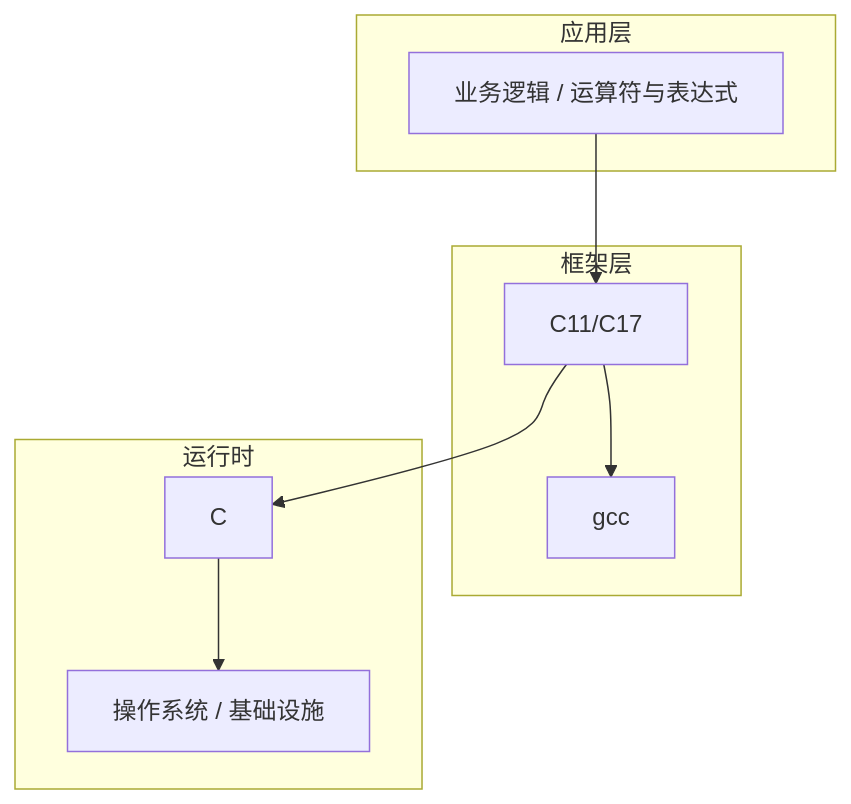
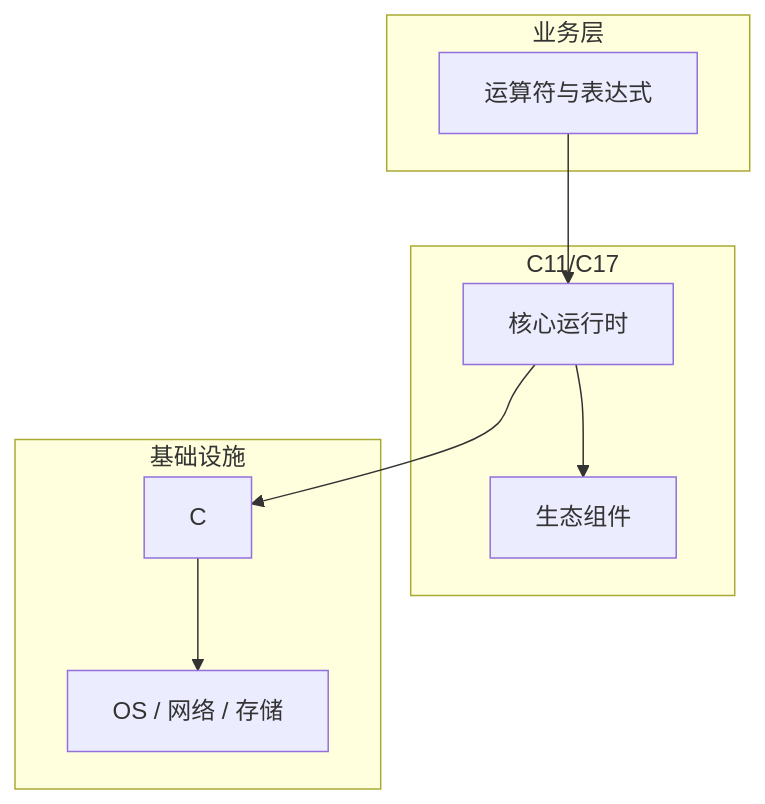
The diagram in articles/C语言/chapters/021-运算符与表达式核心概念与原理.md (yanggan2015/knowledge-json-v2), drawn with Mermaid before and after one commit. The commit also changed other lines of this file and 10127 other files, not shown here.

````diff
--- a/articles/C语言/chapters/021-运算符与表达式核心概念与原理.md
+++ b/articles/C语言/chapters/021-运算符与表达式核心概念与原理.md
@@ -45,18 +34,18 @@
 ```mermaid
 graph TB
-    subgraph 应用层
-        A[业务逻辑 / 运算符与表达式]
+    subgraph 业务层
+        A[运算符与表达式]
     end
-    subgraph 框架层
-        B[C11/C17]
-        C[gcc]
+    subgraph C11/C17
+        B[核心运行时]
+        C[生态组件]
     end
-    subgraph 运行时
+    subgraph 基础设施
         D[C]
-        E[操作系统 / 基础设施]
+        E[OS / 网络 / 存储]
     end
     A --> B
     B --> C
     B --> D
     D --> E
 ```
````
